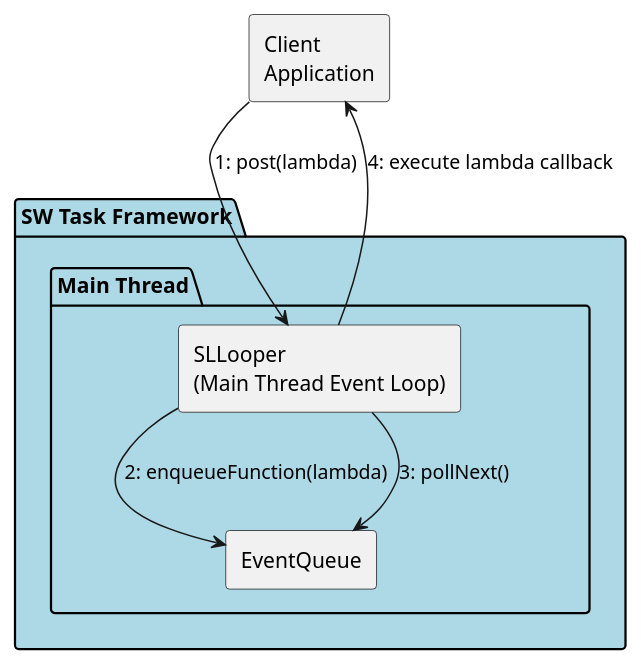
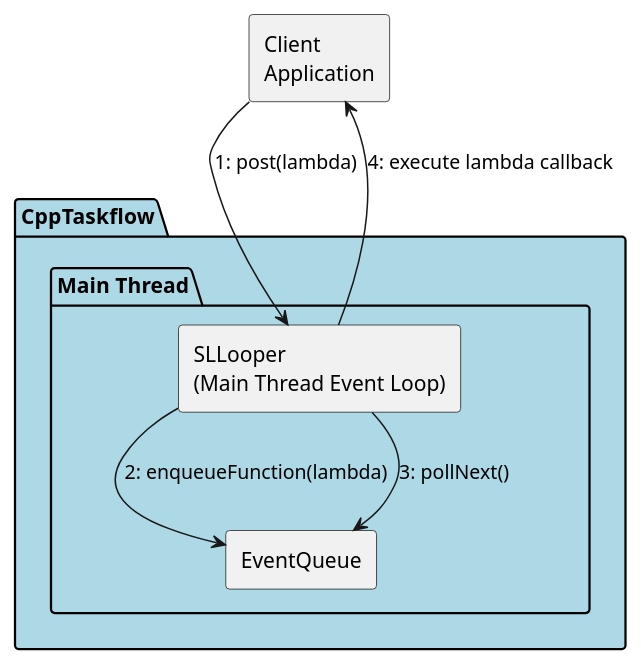
The first of 5 diagrams in doc/design/sw_task/performance_a.puml (taikt/sw_task), drawn with PlantUML before and after one commit. The commit also changed other lines of this file and 16 other files, not shown here.

```diff
--- a/doc/design/sw_task/performance_a.puml
+++ b/doc/design/sw_task/performance_a.puml
@@ -2,20 +2,20 @@
 @startuml
-'title "SW Task Framework - post() for Normal Tasks (Main Thread)"
+'title "CppTaskflow - post() for Normal Tasks (Main Thread)"
 
 rectangle "Client\nApplication" as Client
 
-package "SW Task Framework" #LightBlue {
+package "CppTaskflow" #LightBlue {
     
     package "Main Thread" {
         rectangle "SLLooper\n(Main Thread Event Loop)" as Looper
         rectangle "EventQueue" as MQ
     }
 }
 
 ' Normal Task Flow (Non-blocking on Main Thread)
 Client --> Looper : "1: post(lambda)"
 Looper --> MQ : "2: enqueueFunction(lambda)"
 Looper --> MQ : "3: pollNext()"
 Looper --> Client : "4: execute lambda callback"
 
 @enduml
```
